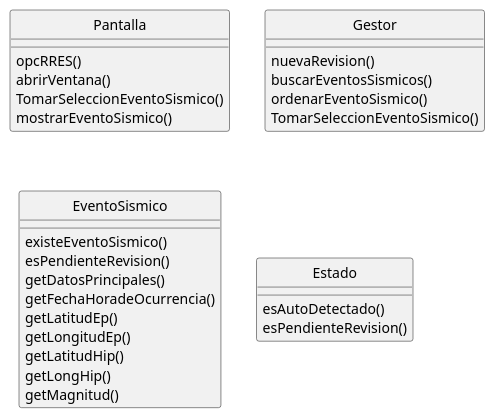
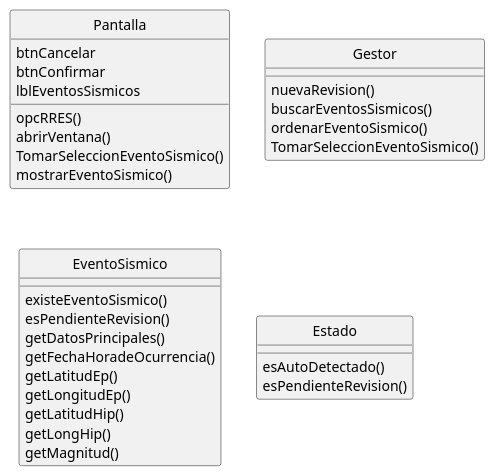
Before and after one commit to milipereyra/prueba1dsw: the diagram in DiagramaClases.puml, drawn with PlantUML.

Commit message:
Agregado de atributos a la clase Pantalla

```diff
--- a/DiagramaClases.puml
+++ b/DiagramaClases.puml
@@ -1,36 +1,39 @@
 @startuml DiagramaClases
 hide circle
 
 Class Pantalla{
+    btnCancelar
+    btnConfirmar
+    lblEventosSismicos
     opcRRES()
     abrirVentana()
     TomarSeleccionEventoSismico()
     mostrarEventoSismico()
 }
 
 Class Gestor{
     nuevaRevision()
     buscarEventosSismicos()
     ordenarEventoSismico()
     TomarSeleccionEventoSismico()
 }
 
 Class EventoSismico{
     existeEventoSismico()
     esPendienteRevision()
     getDatosPrincipales()
     getFechaHoradeOcurrencia()
     getLatitudEp()
     getLongitudEp()
     getLatitudHip()
     getLongHip()
     getMagnitud()
 }
 
 Class Estado{
     esAutoDetectado()
     esPendienteRevision()
 }
 
 
 @enduml
```
